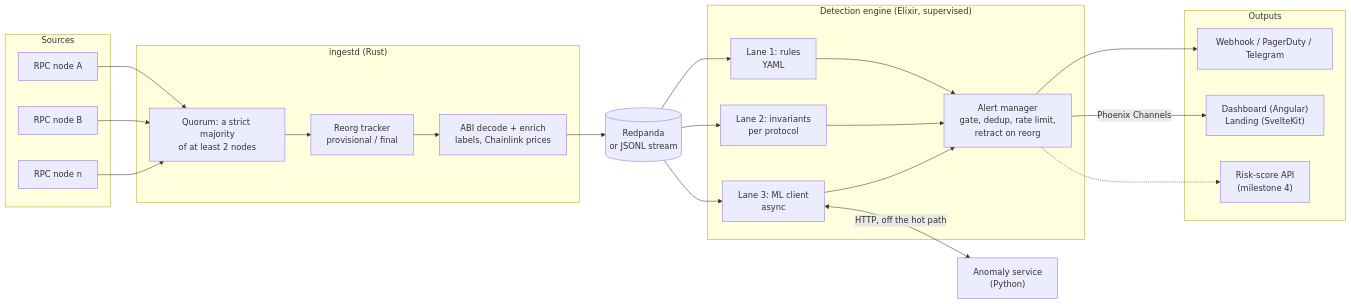
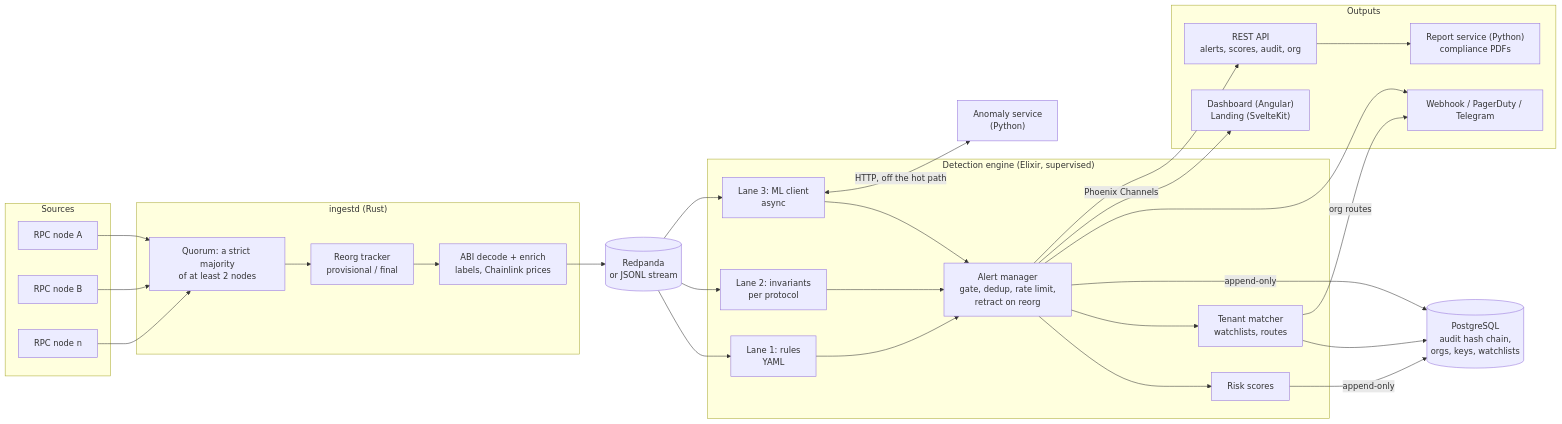
The first of 5 diagrams in README.md (Arfazrll/ChainGuard-Protocol), drawn with Mermaid before and after one commit. The commit also changed other lines of this file and 23 other files, not shown here.

````diff
--- a/README.md
+++ b/README.md
@@ -40,42 +57,53 @@
 ```mermaid
 flowchart LR
     subgraph sources["Sources"]
         A["RPC node A"]
         B["RPC node B"]
         N["RPC node n"]
     end
 
     subgraph ingest["ingestd (Rust)"]
         Q["Quorum: a strict majority<br/>of at least 2 nodes"]
         R["Reorg tracker<br/>provisional / final"]
         D["ABI decode + enrich<br/>labels, Chainlink prices"]
         Q --> R --> D
     end
 
     BUS[("Redpanda<br/>or JSONL stream")]
 
     subgraph engine["Detection engine (Elixir, supervised)"]
         L1["Lane 1: rules<br/>YAML"]
         L2["Lane 2: invariants<br/>per protocol"]
         L3["Lane 3: ML client<br/>async"]
         M["Alert manager<br/>gate, dedup, rate limit,<br/>retract on reorg"]
+        RS["Risk scores"]
+        T["Tenant matcher<br/>watchlists, routes"]
         L1 --> M
         L2 --> M
         L3 --> M
+        M --> RS
+        M --> T
     end
 
     ML["Anomaly service<br/>(Python)"]
+    PG[("PostgreSQL<br/>audit hash chain,<br/>orgs, keys, watchlists")]
 
     subgraph out["Outputs"]
         W["Webhook / PagerDuty / Telegram"]
         UI["Dashboard (Angular)<br/>Landing (SvelteKit)"]
-        API["Risk-score API<br/>(milestone 4)"]
+        API["REST API<br/>alerts, scores, audit, org"]
+        REP["Report service (Python)<br/>compliance PDFs"]
     end
 
     A & B & N --> Q
     D --> BUS --> L1 & L2 & L3
     L3 <-->|"HTTP, off the hot path"| ML
+    M -->|"append-only"| PG
+    RS -->|"append-only"| PG
+    T --> PG
     M --> W
+    T -->|"org routes"| W
     M -->|"Phoenix Channels"| UI
-    M -.-> API
+    M --> API
+    API --> REP
 ```
````
